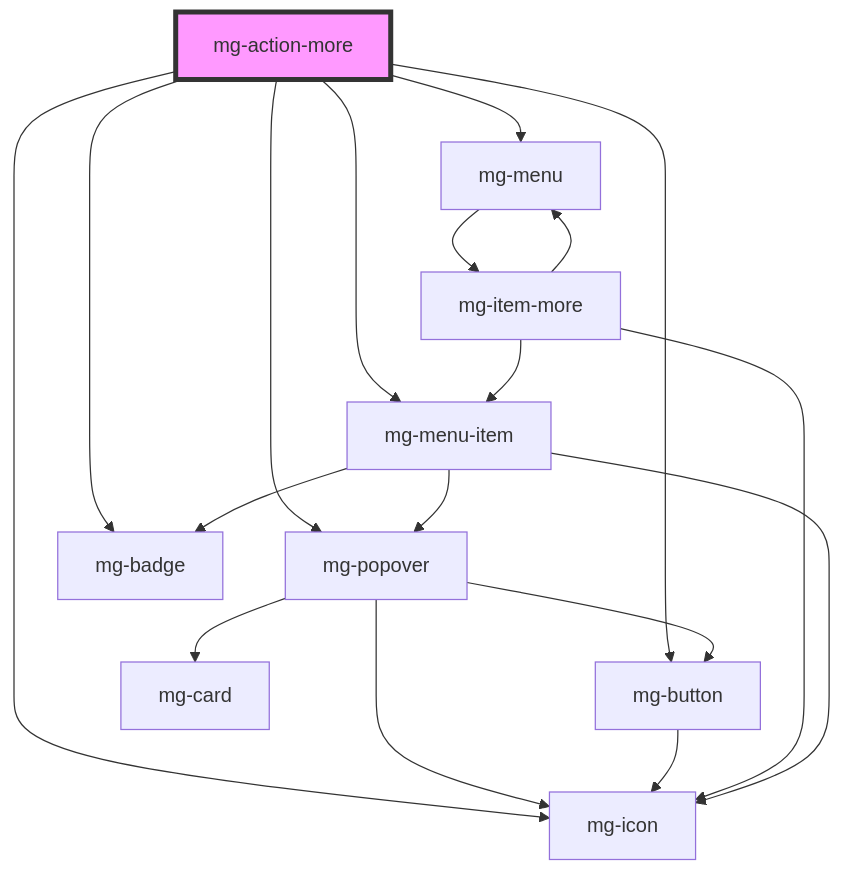
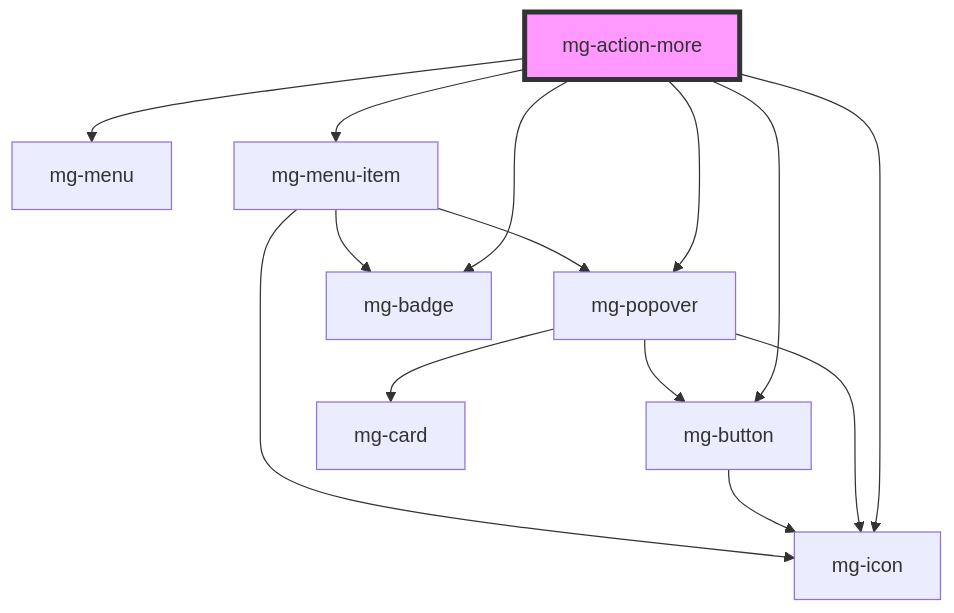
One commit to MGDIS/mg-components changed the diagram in src/components/molecules/mg-action-more/readme.md. Above: the diagram before and after it, drawn with Mermaid. The commit also changed 13 other files, not shown here.

First line of the commit message:
feat(mgMenuItemMore): fix circular dependencies and manage parent menu size

````diff
--- a/src/components/molecules/mg-action-more/readme.md
+++ b/src/components/molecules/mg-action-more/readme.md
@@ -73,21 +73,17 @@
 ```mermaid
 graph TD;
   mg-action-more --> mg-icon
   mg-action-more --> mg-popover
   mg-action-more --> mg-button
   mg-action-more --> mg-menu
   mg-action-more --> mg-menu-item
   mg-action-more --> mg-badge
   mg-popover --> mg-card
   mg-popover --> mg-button
   mg-popover --> mg-icon
   mg-button --> mg-icon
-  mg-menu --> mg-item-more
-  mg-item-more --> mg-menu-item
-  mg-item-more --> mg-icon
-  mg-item-more --> mg-menu
   mg-menu-item --> mg-badge
   mg-menu-item --> mg-icon
   mg-menu-item --> mg-popover
   style mg-action-more fill:#f9f,stroke:#333,stroke-width:4px
 ```
````
